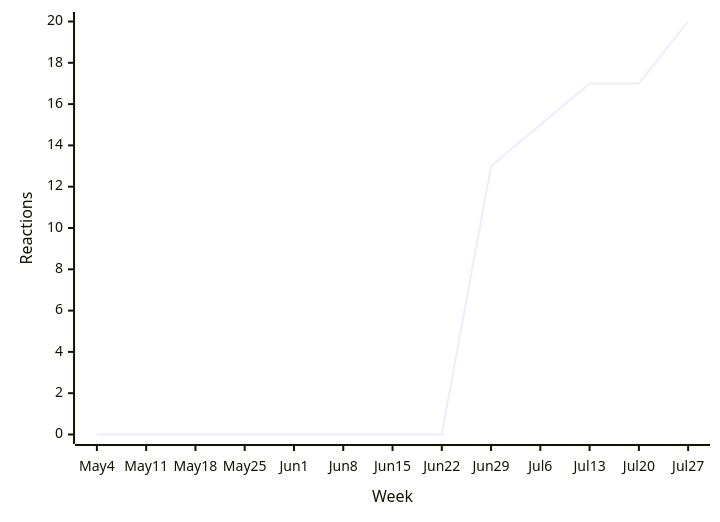
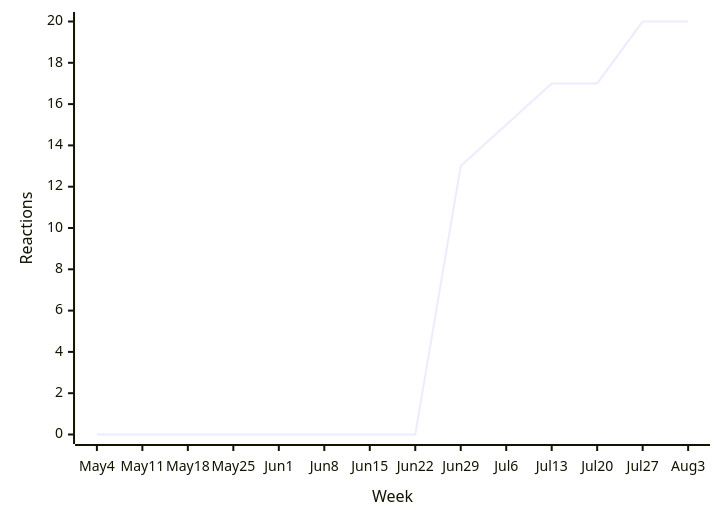
Before and after one commit to loic-sharma/github-insights: the seventh of 44 diagrams in README.md, drawn with Mermaid. The commit also changed other lines of this file and 3 other files, not shown here.

````diff
--- a/README.md
+++ b/README.md
@@ -441,6 +441,6 @@
   ```mermaid
   xychart-beta
-    x-axis "Week" [May 4, May 11, May 18, May 25, Jun 1, Jun 8, Jun 15, Jun 22, Jun 29, Jul 6, Jul 13, Jul 20, Jul 27]
+    x-axis "Week" [May 4, May 11, May 18, May 25, Jun 1, Jun 8, Jun 15, Jun 22, Jun 29, Jul 6, Jul 13, Jul 20, Jul 27, Aug 3]
     y-axis "Reactions" 0 --> 20
-    line [0, 0, 0, 0, 0, 0, 0, 0, 13, 15, 17, 17, 20]
+    line [0, 0, 0, 0, 0, 0, 0, 0, 13, 15, 17, 17, 20, 20]
   ```
````
